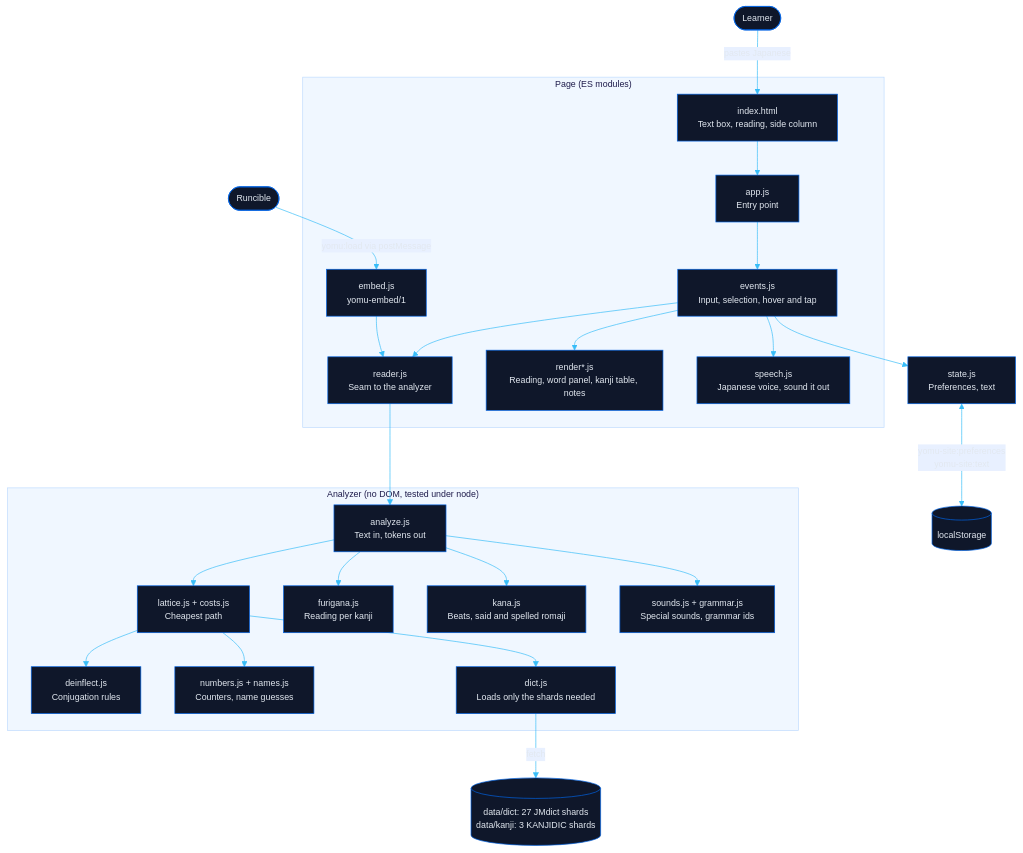
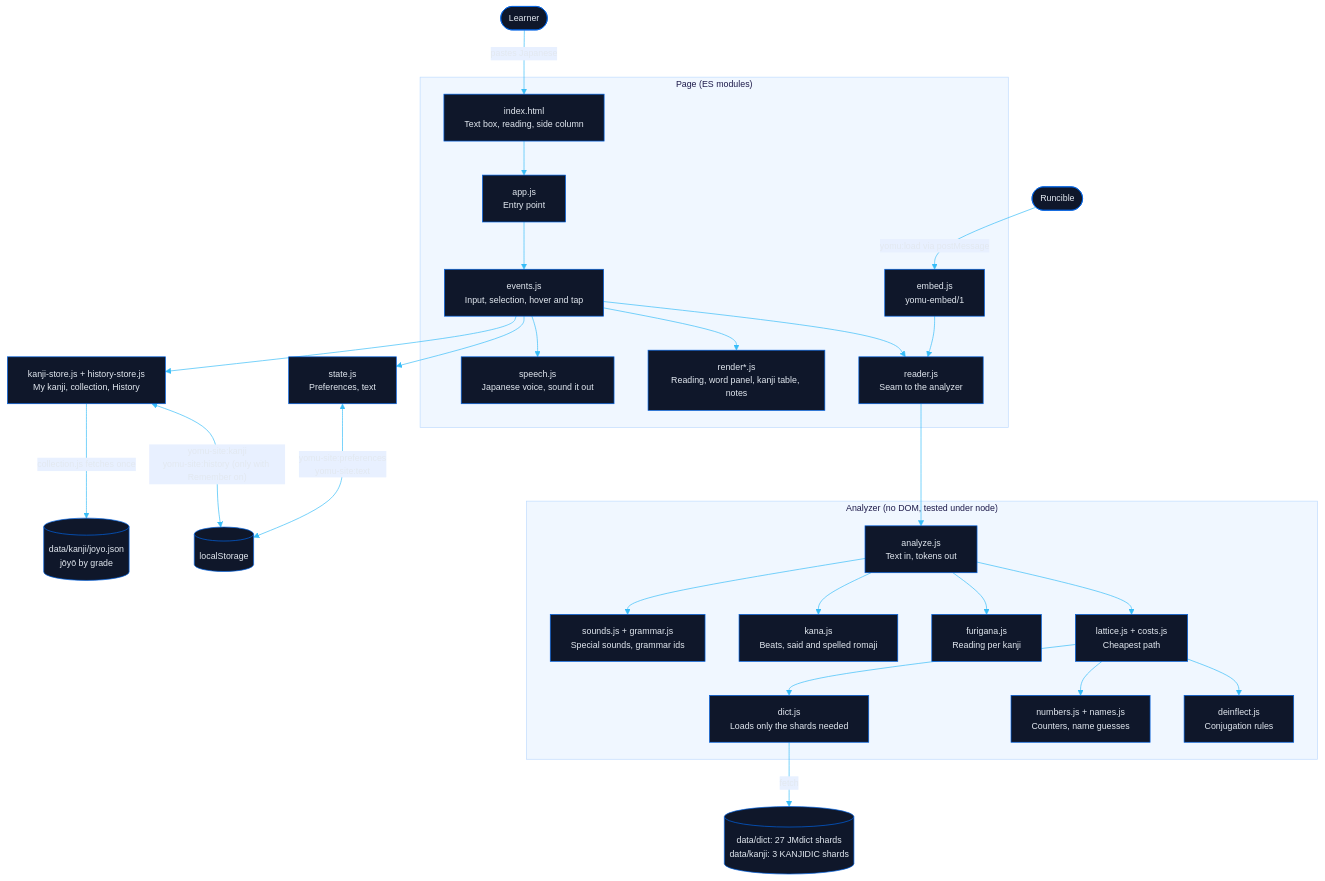
Before and after one commit to energon-a-secas/yomu-site: the diagram in docs/architecture.mmd, drawn with Mermaid. The commit also changed 29 other files, not shown here.

```diff
--- a/docs/architecture.mmd
+++ b/docs/architecture.mmd
@@ -1,46 +1,49 @@
 ---
 config:
   theme: base
   themeVariables:
     primaryColor: "#0f172a"
     primaryTextColor: "#e2e8f0"
     primaryBorderColor: "#0063e5"
     lineColor: "#38bdf8"
     secondaryColor: "#1e293b"
     tertiaryColor: "#1e293b"
     clusterBkg: "#f0f7ff"
     clusterBorder: "#bfdbfe"
     edgeLabelBackground: "#e8f0ff"
     mainBkg: "#0f172a"
     nodeBorder: "#0063e5"
     titleColor: "#1e1b4b"
     fontFamily: "ui-sans-serif, system-ui, -apple-system, sans-serif"
     fontSize: "13px"
 ---
 flowchart TB
     User([Learner]) -->|"pastes Japanese"| HTML["index.html\nText box, reading, side column"]
     Host([Runcible]) -->|"yomu:load via postMessage"| embed["embed.js\nyomu-embed/1"]
 
     subgraph Page["Page (ES modules)"]
         HTML --> app["app.js\nEntry point"]
         app --> events["events.js\nInput, selection, hover and tap"]
         events --> reader["reader.js\nSeam to the analyzer"]
         events --> render["render*.js\nReading, word panel, kanji table, notes"]
         events --> speech["speech.js\nJapanese voice, sound it out"]
         embed --> reader
     end
 
     subgraph Analyzer["Analyzer (no DOM, tested under node)"]
         reader --> analyze["analyze.js\nText in, tokens out"]
         analyze --> lattice["lattice.js + costs.js\nCheapest path"]
         lattice --> deinflect["deinflect.js\nConjugation rules"]
         lattice --> numbers["numbers.js + names.js\nCounters, name guesses"]
         analyze --> furigana["furigana.js\nReading per kanji"]
         analyze --> kana["kana.js\nBeats, said and spelled romaji"]
         analyze --> notes["sounds.js + grammar.js\nSpecial sounds, grammar ids"]
         lattice --> dict["dict.js\nLoads only the shards needed"]
     end
 
     dict -->|"fetch"| Data[("data/dict: 27 JMdict shards\ndata/kanji: 3 KANJIDIC shards")]
     state["state.js\nPreferences, text"] <-->|"yomu-site:preferences\nyomu-site:text"| Storage[("localStorage")]
     events --> state
+    events --> mykanji["kanji-store.js + history-store.js\nMy kanji, collection, History"]
+    mykanji <-->|"yomu-site:kanji\nyomu-site:history (only with Remember on)"| Storage
+    mykanji -->|"collection.js fetches once"| Joyo[("data/kanji/joyo.json\njōyō by grade")]
```
